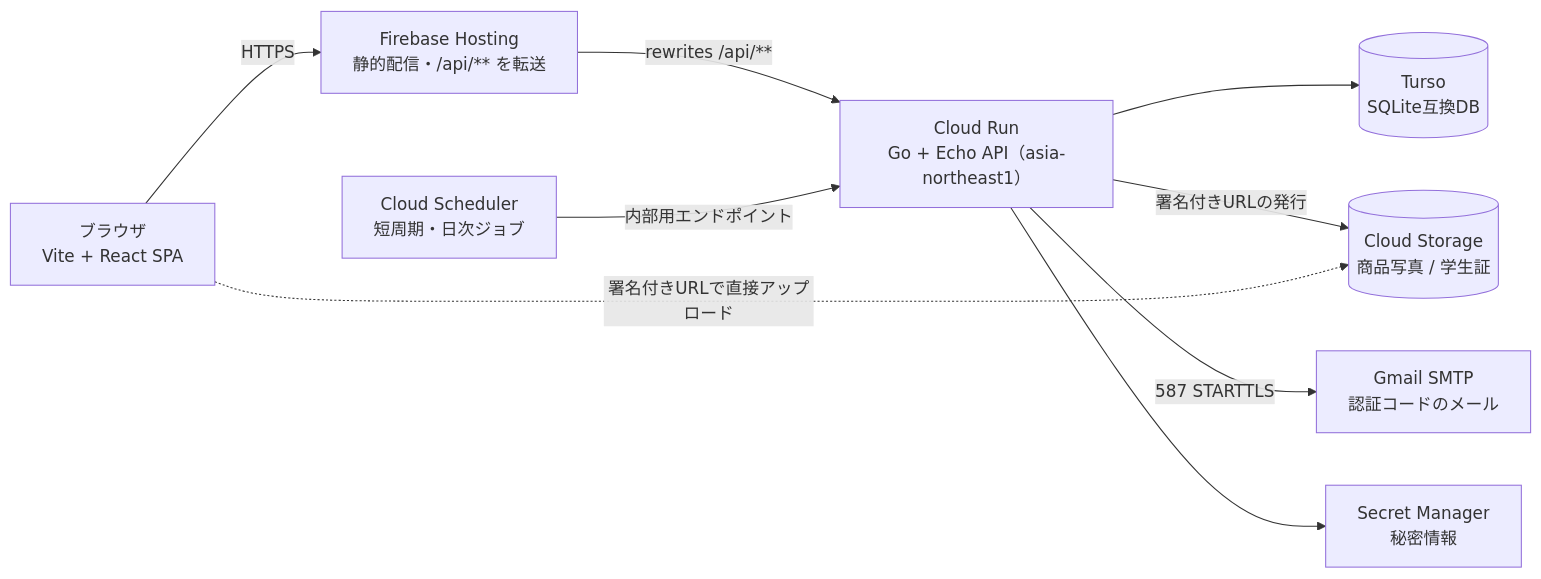
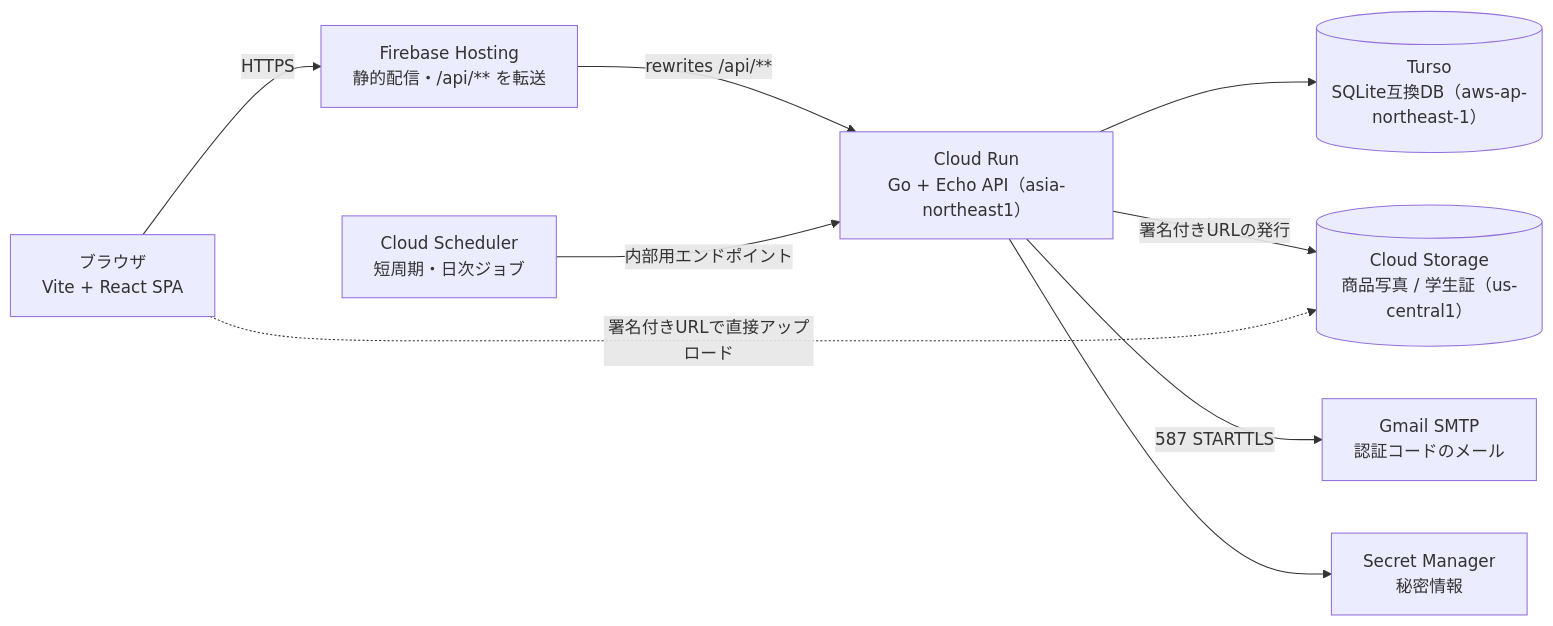
One commit to takuma0403/osagari_web changed the diagram in docs/tech/00-overview.md. Above: the diagram before and after it, drawn with Mermaid. The commit also changed other lines of this file and 4 other files, not shown here.

````diff
--- a/docs/tech/00-overview.md
+++ b/docs/tech/00-overview.md
@@ -15,19 +15,19 @@
 ```mermaid
 flowchart LR
   B["ブラウザ<br/>Vite + React SPA"]
   H["Firebase Hosting<br/>静的配信・/api/** を転送"]
   R["Cloud Run<br/>Go + Echo API（asia-northeast1）"]
-  T[("Turso<br/>SQLite互換DB")]
-  S[("Cloud Storage<br/>商品写真 / 学生証")]
+  T[("Turso<br/>SQLite互換DB（aws-ap-northeast-1）")]
+  S[("Cloud Storage<br/>商品写真 / 学生証（us-central1）")]
   G["Gmail SMTP<br/>認証コードのメール"]
   C["Cloud Scheduler<br/>短周期・日次ジョブ"]
   M["Secret Manager<br/>秘密情報"]
   B -->|"HTTPS"| H
   H -->|"rewrites /api/**"| R
   R --> T
   R -->|"署名付きURLの発行"| S
   B -.->|"署名付きURLで直接アップロード"| S
   R -->|"587 STARTTLS"| G
   C -->|"内部用エンドポイント"| R
   R --> M
 ```
````
